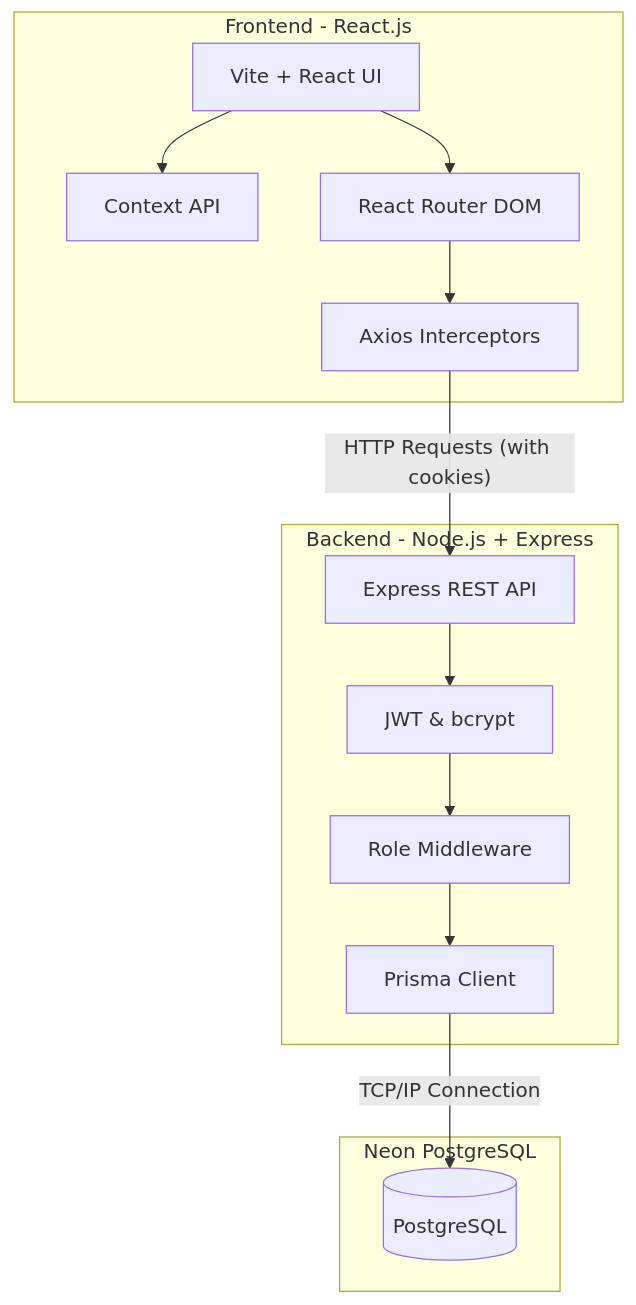
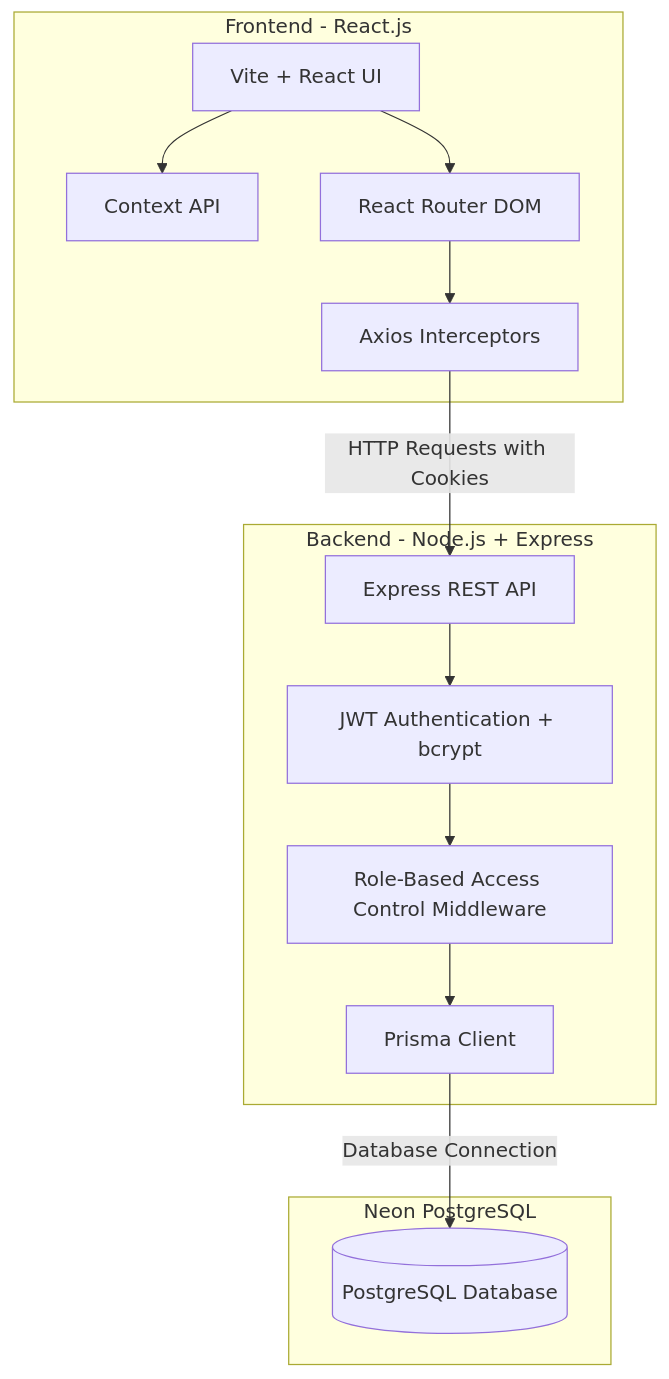
One commit to SahilSameer18/workNest changed the diagram in README.md. Above: the diagram before and after it, drawn with Mermaid.

Commit message:
Update project architecture diagram formatting

````diff
--- a/README.md
+++ b/README.md
@@ -58,32 +58,32 @@
 ```mermaid
 graph TD
-    subgraph Client [Frontend - React.js]
-        UI[Vite + React UI]
-        State[Context API]
-        Router[React Router DOM]
-        Axios[Axios Interceptors]
-        
+    subgraph Client["Frontend - React.js"]
+        UI["Vite + React UI"]
+        State["Context API"]
+        Router["React Router DOM"]
+        Axios["Axios Interceptors"]
+
         UI --> State
         UI --> Router
         Router --> Axios
     end
 
-    subgraph Server [Backend - Node.js + Express]
-        API[Express REST API]
-        Auth[JWT & bcrypt]
-        RBAC[Role Middleware]
-        PrismaORM[Prisma Client]
+    subgraph Server["Backend - Node.js + Express"]
+        API["Express REST API"]
+        Auth["JWT Authentication + bcrypt"]
+        RBAC["Role-Based Access Control Middleware"]
+        Prisma["Prisma Client"]
 
         API --> Auth
         Auth --> RBAC
-        RBAC --> PrismaORM
+        RBAC --> Prisma
     end
 
-    subgraph Database [Neon PostgreSQL]
-        Postgres[(PostgreSQL)]
+    subgraph Database["Neon PostgreSQL"]
+        DB[(PostgreSQL Database)]
     end
 
-    %% Connections
-    Axios -- "HTTP Requests (with cookies)" --> API
-    PrismaORM -- "TCP/IP Connection" --> Postgres
+    Axios -->|"HTTP Requests with Cookies"| API
+    Prisma -->|"Database Connection"| DB
+
 ```
````
